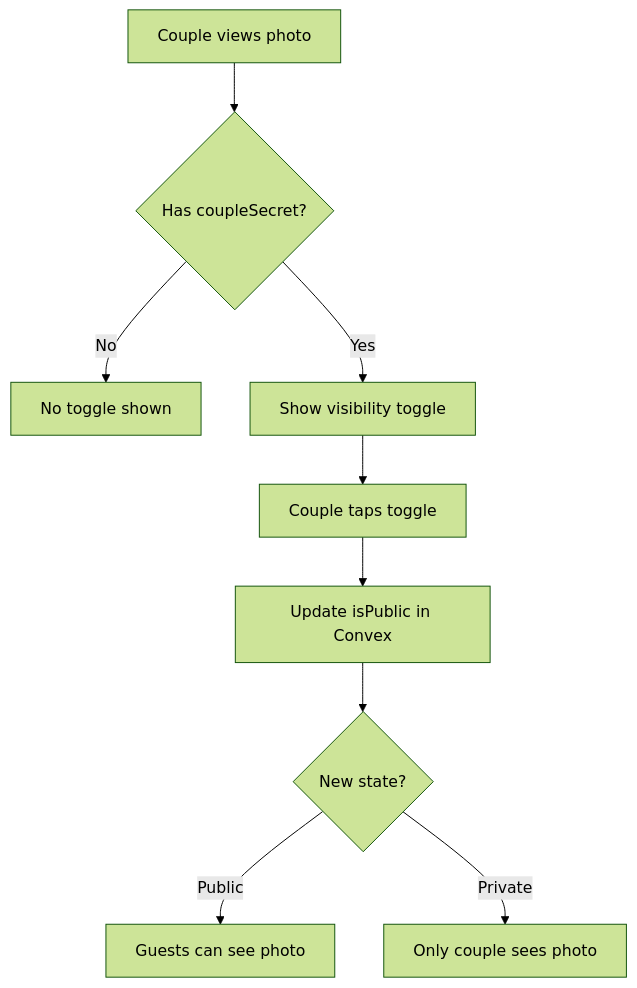
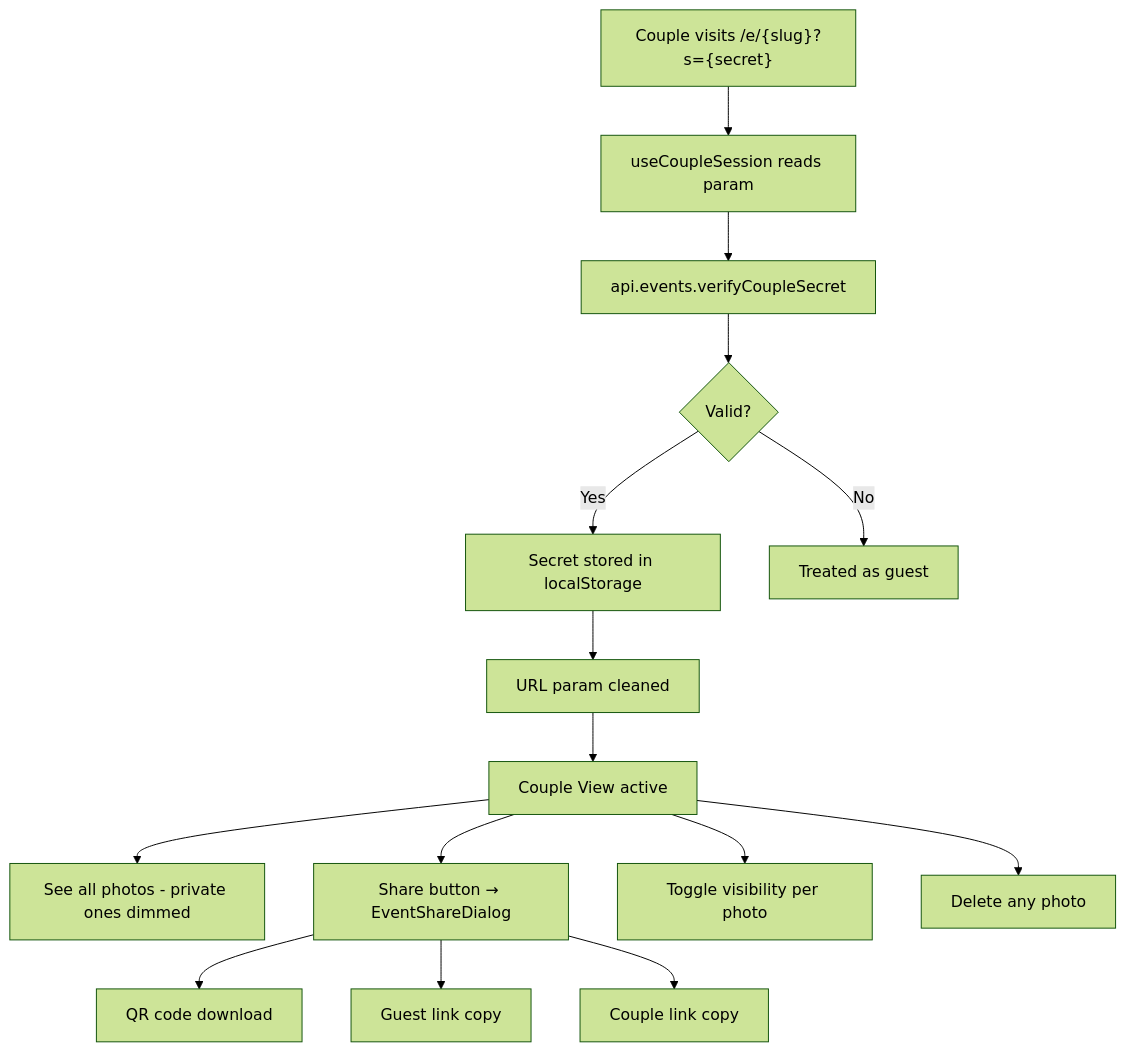
Before and after one commit to nova-chrome/WeWitnessed: the sixth of 9 diagrams in docs/user-flows.md, drawn with Mermaid (forest theme). The commit also changed other lines of this file and 6 other files, not shown here.

````diff
--- a/docs/user-flows.md
+++ b/docs/user-flows.md
@@ -84,11 +102,17 @@
 ```mermaid
 flowchart TD
-    A[Couple views photo] --> B{Has coupleSecret?}
-    B -->|No| C[No toggle shown]
-    B -->|Yes| D[Show visibility toggle]
-    D --> E[Couple taps toggle]
-    E --> F[Update isPublic in Convex]
-    F --> G{New state?}
-    G -->|Public| H[Guests can see photo]
-    G -->|Private| I[Only couple sees photo]
+    A["Couple visits /e/{slug}?s={secret}"] --> B[useCoupleSession reads param]
+    B --> C[api.events.verifyCoupleSecret]
+    C --> D{Valid?}
+    D -->|Yes| E[Secret stored in localStorage]
+    D -->|No| F[Treated as guest]
+    E --> G[URL param cleaned]
+    G --> H[Couple View active]
+    H --> I[See all photos - private ones dimmed]
+    H --> J[Share button → EventShareDialog]
+    J --> J1[QR code download]
+    J --> J2[Guest link copy]
+    J --> J3[Couple link copy]
+    H --> K[Toggle visibility per photo]
+    H --> L[Delete any photo]
 ```
````
